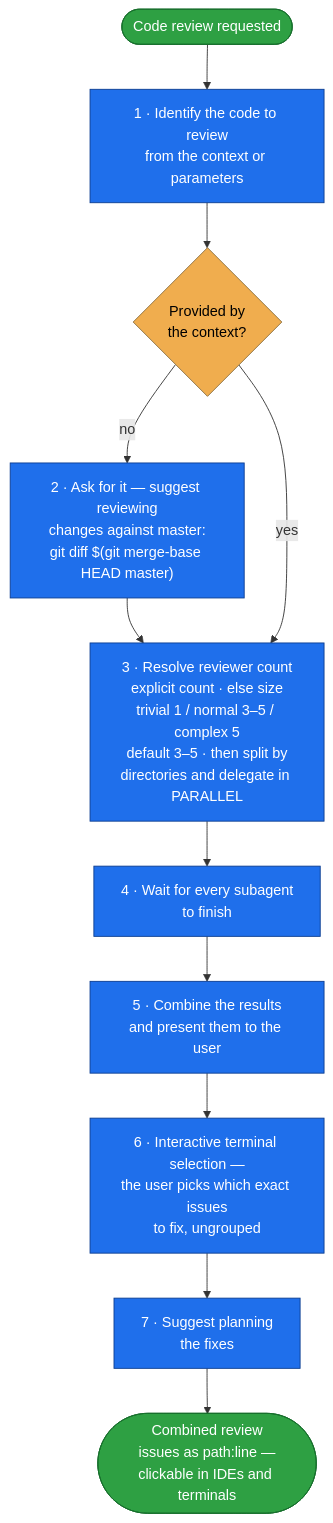
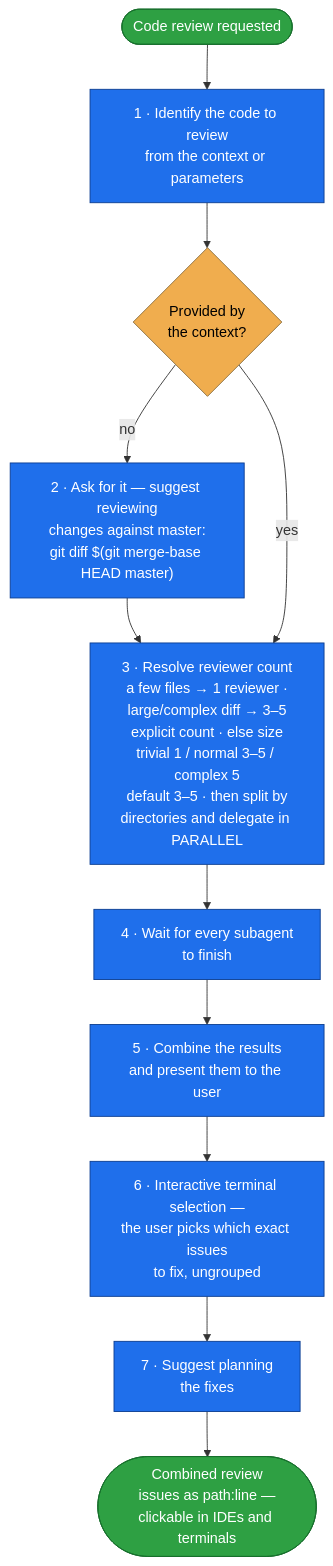
Before and after one commit to spryker-sdk/ai-dev: the diagram in plugins/spryker-ai-dev-sdk/skills/code-review/README.md, drawn with Mermaid. The commit also changed other lines of this file and 31 other files, not shown here.

````diff
--- a/plugins/spryker-ai-dev-sdk/skills/code-review/README.md
+++ b/plugins/spryker-ai-dev-sdk/skills/code-review/README.md
@@ -18,22 +20,22 @@
 ```mermaid
 flowchart TD
     A([Code review requested]) --> S1[1 · Identify the code to review<br/>from the context or parameters]
     S1 --> Q{Provided by<br/>the context?}
     Q -- "no" --> ASK["2 · Ask for it — suggest reviewing<br/>changes against master:<br/>git diff $(git merge-base HEAD master)"]
     ASK --> S3
     Q -- "yes" --> S3
 
-    S3[3 · Resolve reviewer count<br/>explicit count · else size<br/>trivial 1 / normal 3–5 / complex 5<br/>default 3–5 · then split by<br/>directories and delegate in PARALLEL]
+    S3[3 · Resolve reviewer count<br/>a few files → 1 reviewer ·<br/>large/complex diff → 3–5<br/>explicit count · else size<br/>trivial 1 / normal 3–5 / complex 5<br/>default 3–5 · then split by<br/>directories and delegate in PARALLEL]
     S3 --> S4[4 · Wait for every subagent<br/>to finish]
     S4 --> S5[5 · Combine the results<br/>and present them to the user]
     S5 --> S6["6 · Interactive terminal selection —<br/>the user picks which exact issues<br/>to fix, ungrouped"]
     S6 --> S7[7 · Suggest planning<br/>the fixes]
     S7 --> Z(["Combined review<br/>issues as path:line —<br/>clickable in IDEs and terminals"])
 
     classDef step fill:#1f6feb,stroke:#0b3d91,color:#fff;
     classDef decision fill:#f0ad4e,stroke:#8a6d3b,color:#000;
     classDef terminal fill:#2ea043,stroke:#176f2c,color:#fff;
     class S1,ASK,S3,S4,S5,S6,S7 step;
     class Q decision;
     class A,Z terminal;
 ```
````
